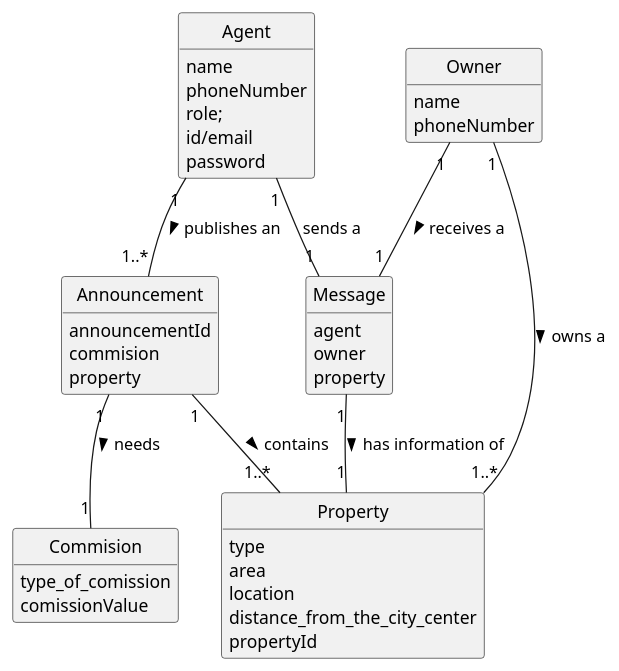
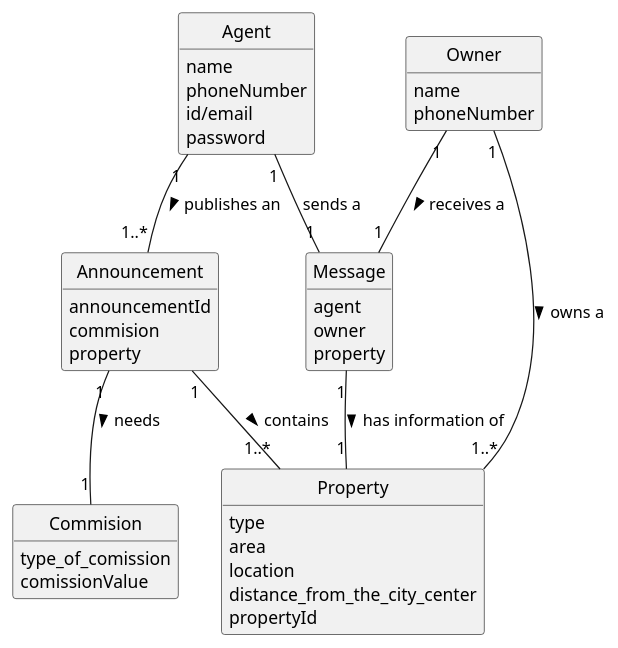
The diagram in docs/Sprint-D/US002/02.analysis/puml/us002-domain-model.puml (Rodrick0209/ISEP-LAPR2-22-23), drawn with PlantUML before and after one commit. The commit also changed 10 other files, not shown here.

```diff
--- a/docs/Sprint-D/US002/02.analysis/puml/us002-domain-model.puml
+++ b/docs/Sprint-D/US002/02.analysis/puml/us002-domain-model.puml
@@ -1,64 +1,63 @@
 @startuml
 skinparam monochrome true
 skinparam packageStyle rectangle
 skinparam shadowing false
 
 'left to right direction
 
 skinparam classAttributeIconSize 0
 
 hide circle
 hide methods
 
 class Agent {
 name
 phoneNumber
-role;
 id/email
 password
 }
 class Owner{
 name
 phoneNumber
 
 
 }
 class Message{
 agent
 owner
 property
 
 }
 
 
 
 
 
 
 class Property {
    type
    area
    location
     distance_from_the_city_center
     propertyId
 
 }
 
 class Announcement {
 announcementId
 commision
 property
   }
  class Commision {
      type_of_comission
      comissionValue
      }
 
 Owner "1" -- "1..*" Property : owns a >
 Agent "1" -- "1..*" Announcement : publishes an >
 Announcement "1"-- "1..*" Property: contains >
 Announcement"1"--"1" Commision : needs >
 Owner "1"--"1" Message : receives a >
 Agent "1"--"1" Message : sends a
 Message "1"--"1" Property : has information of >
 @enduml
```
